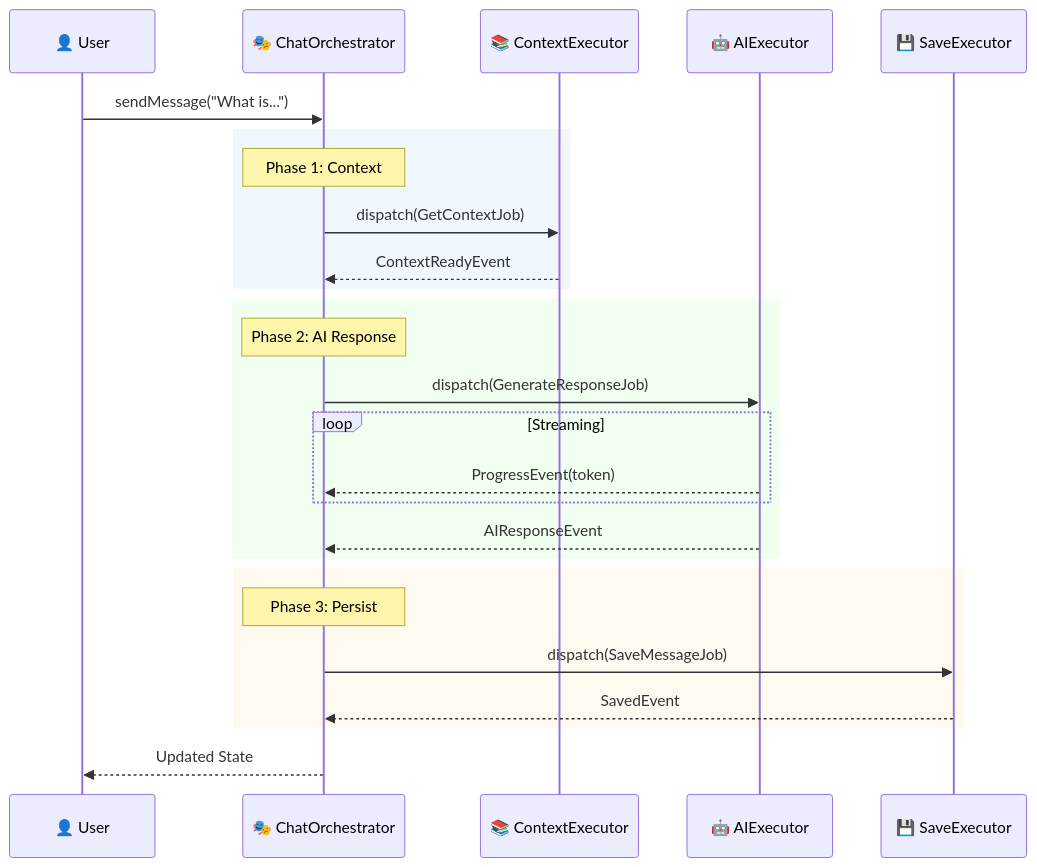
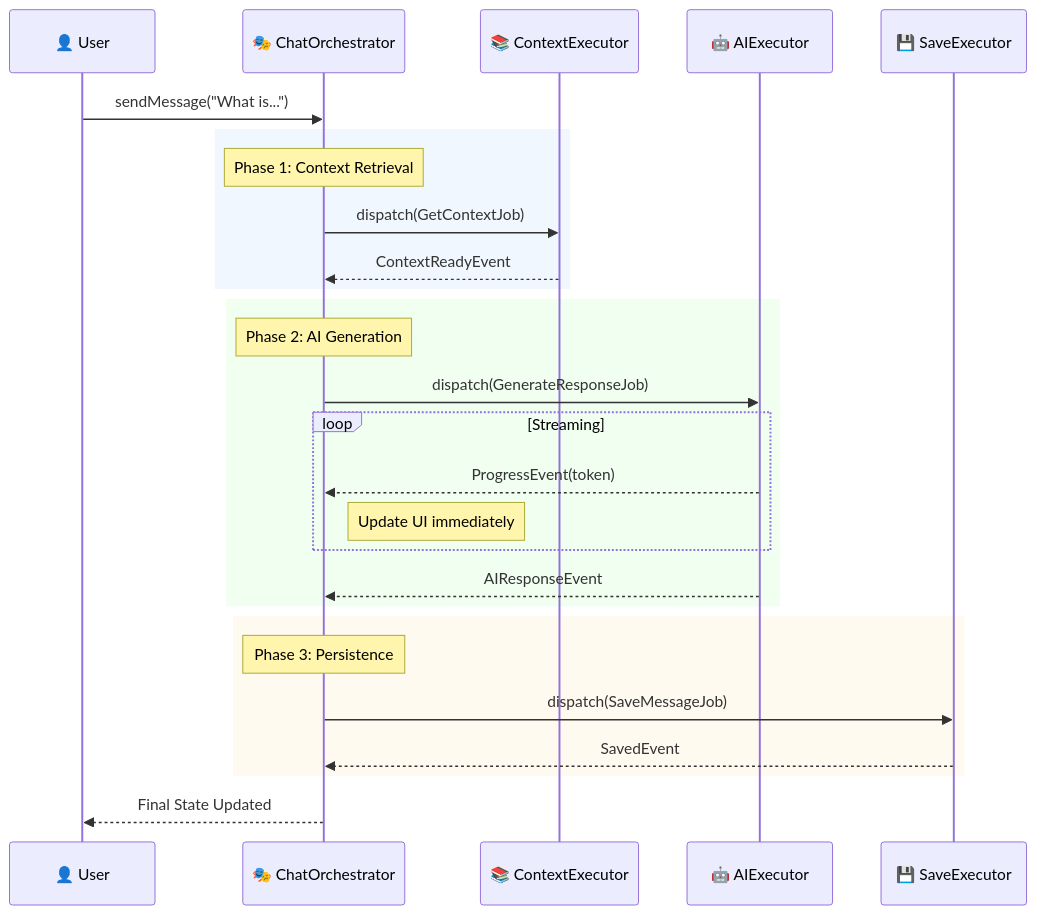
One commit to lploc94/flutter_orchestrator changed the second of 12 diagrams in book/chapters/06_case_study.md. Above: the diagram before and after it, drawn with Mermaid. The commit also changed other lines of this file and 31 other files, not shown here.

````diff
--- a/book/chapters/06_case_study.md
+++ b/book/chapters/06_case_study.md
@@ -48,33 +48,34 @@
 ```mermaid
 sequenceDiagram
     participant User as 👤 User
     participant Chat as 🎭 ChatOrchestrator
     participant RAG as 📚 ContextExecutor
     participant LLM as 🤖 AIExecutor
     participant DB as 💾 SaveExecutor
     
     User->>Chat: sendMessage("What is...")
     
     rect rgb(240, 247, 255)
-        Note over Chat: Phase 1: Context
+        Note over Chat: Phase 1: Context Retrieval
         Chat->>RAG: dispatch(GetContextJob)
         RAG-->>Chat: ContextReadyEvent
     end
     
     rect rgb(240, 255, 240)
-        Note over Chat: Phase 2: AI Response
+        Note over Chat: Phase 2: AI Generation
         Chat->>LLM: dispatch(GenerateResponseJob)
         loop Streaming
             LLM-->>Chat: ProgressEvent(token)
+            Note right of Chat: Update UI immediately
         end
         LLM-->>Chat: AIResponseEvent
     end
     
     rect rgb(255, 250, 240)
-        Note over Chat: Phase 3: Persist
+        Note over Chat: Phase 3: Persistence
         Chat->>DB: dispatch(SaveMessageJob)
         DB-->>Chat: SavedEvent
     end
     
-    Chat-->>User: Updated State
+    Chat-->>User: Final State Updated
 ```
````
